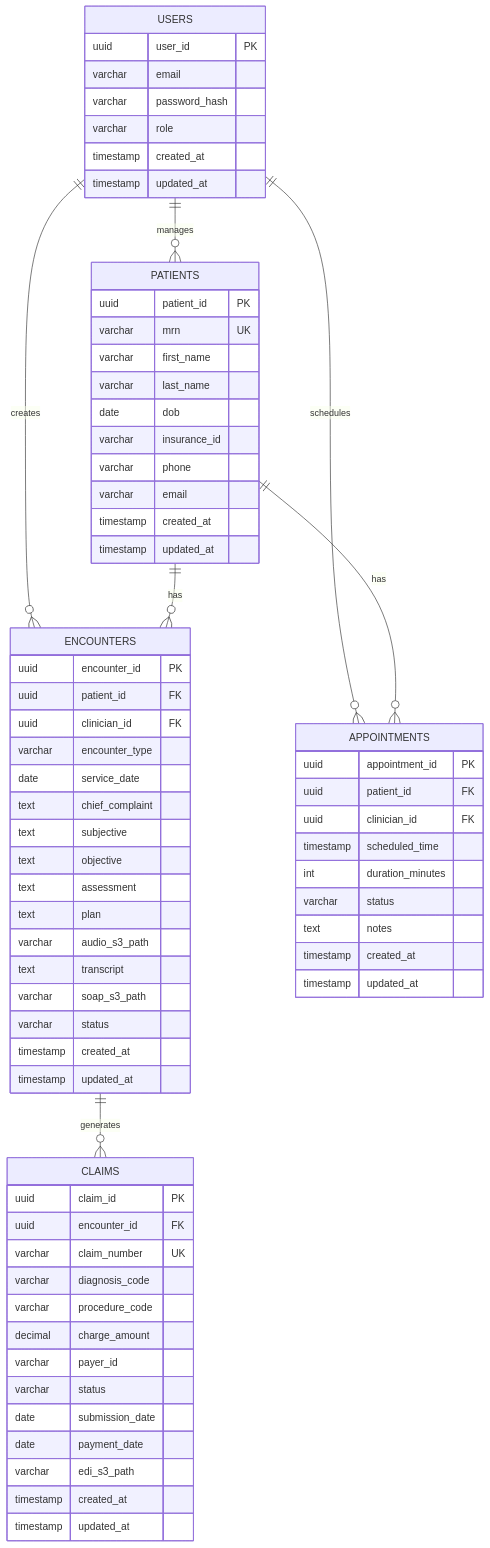
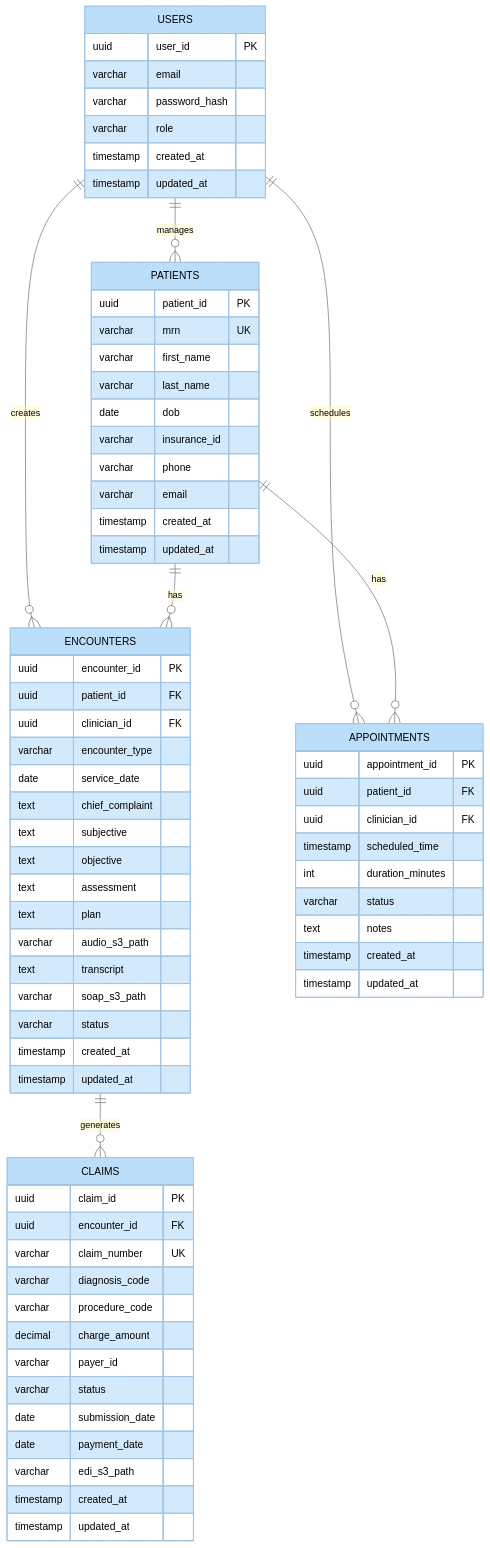
One commit to hpppm/revclear changed the fourth of 8 diagrams in docs/ARCHITECTURE_DIAGRAMS.md. Above: the diagram before and after it, drawn with Mermaid. The commit also changed other lines of this file, not shown here.

````diff
--- a/docs/ARCHITECTURE_DIAGRAMS.md
+++ b/docs/ARCHITECTURE_DIAGRAMS.md
@@ -621,78 +616,80 @@
 ```mermaid
+%%{init: {'theme':'base', 'themeVariables': {'primaryColor':'#BBDEFB','secondaryColor':'#C8E6C9','tertiaryColor':'#FFF9C4','background':'#FFFFFF','primaryTextColor':'#000','lineColor':'#666'}}}%%
+
 erDiagram
     USERS ||--o{ PATIENTS : manages
     USERS ||--o{ ENCOUNTERS : creates
     USERS ||--o{ APPOINTMENTS : schedules
     PATIENTS ||--o{ ENCOUNTERS : has
     PATIENTS ||--o{ APPOINTMENTS : has
     ENCOUNTERS ||--o{ CLAIMS : generates
     
     USERS {
         uuid user_id PK
         varchar email
         varchar password_hash
         varchar role
         timestamp created_at
         timestamp updated_at
     }
     
     PATIENTS {
         uuid patient_id PK
         varchar mrn UK
         varchar first_name
         varchar last_name
         date dob
         varchar insurance_id
         varchar phone
         varchar email
         timestamp created_at
         timestamp updated_at
     }
     
     ENCOUNTERS {
         uuid encounter_id PK
         uuid patient_id FK
         uuid clinician_id FK
         varchar encounter_type
         date service_date
         text chief_complaint
         text subjective
         text objective
         text assessment
         text plan
         varchar audio_s3_path
         text transcript
         varchar soap_s3_path
         varchar status
         timestamp created_at
         timestamp updated_at
     }
     
     APPOINTMENTS {
         uuid appointment_id PK
         uuid patient_id FK
         uuid clinician_id FK
         timestamp scheduled_time
         int duration_minutes
         varchar status
         text notes
         timestamp created_at
         timestamp updated_at
     }
     
     CLAIMS {
         uuid claim_id PK
         uuid encounter_id FK
         varchar claim_number UK
         varchar diagnosis_code
         varchar procedure_code
         decimal charge_amount
         varchar payer_id
         varchar status
         date submission_date
         date payment_date
         varchar edi_s3_path
         timestamp created_at
         timestamp updated_at
     }
 ```
````
